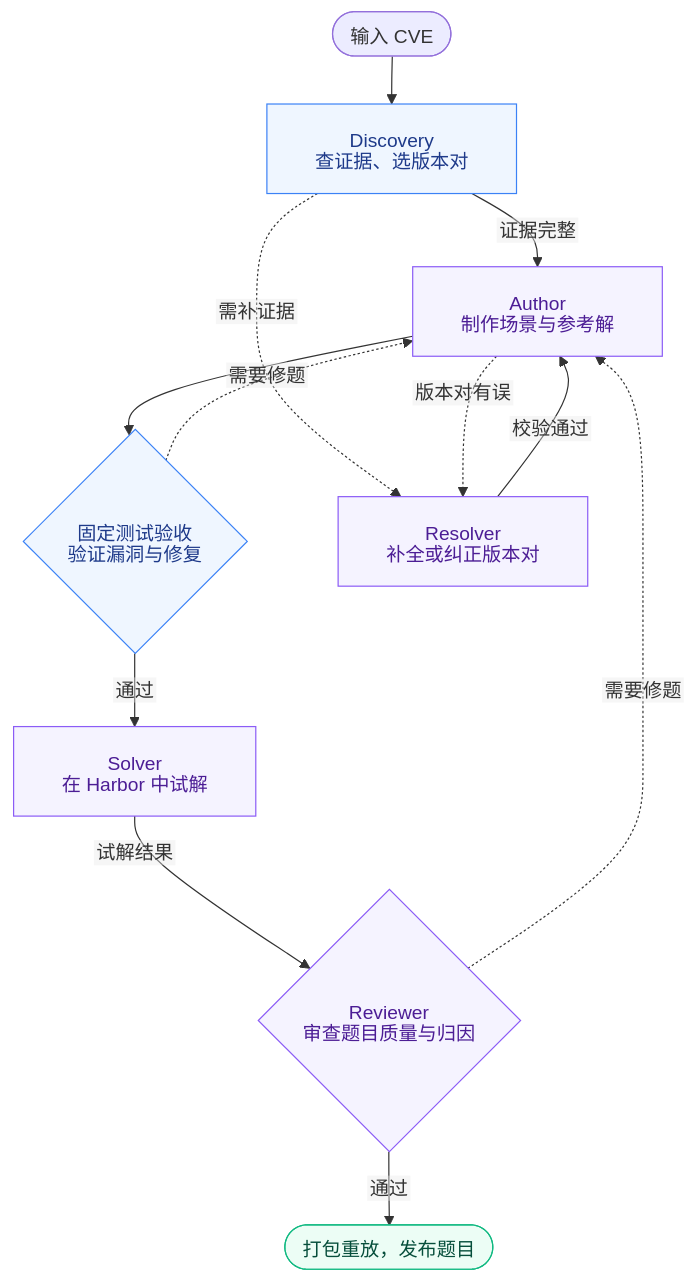
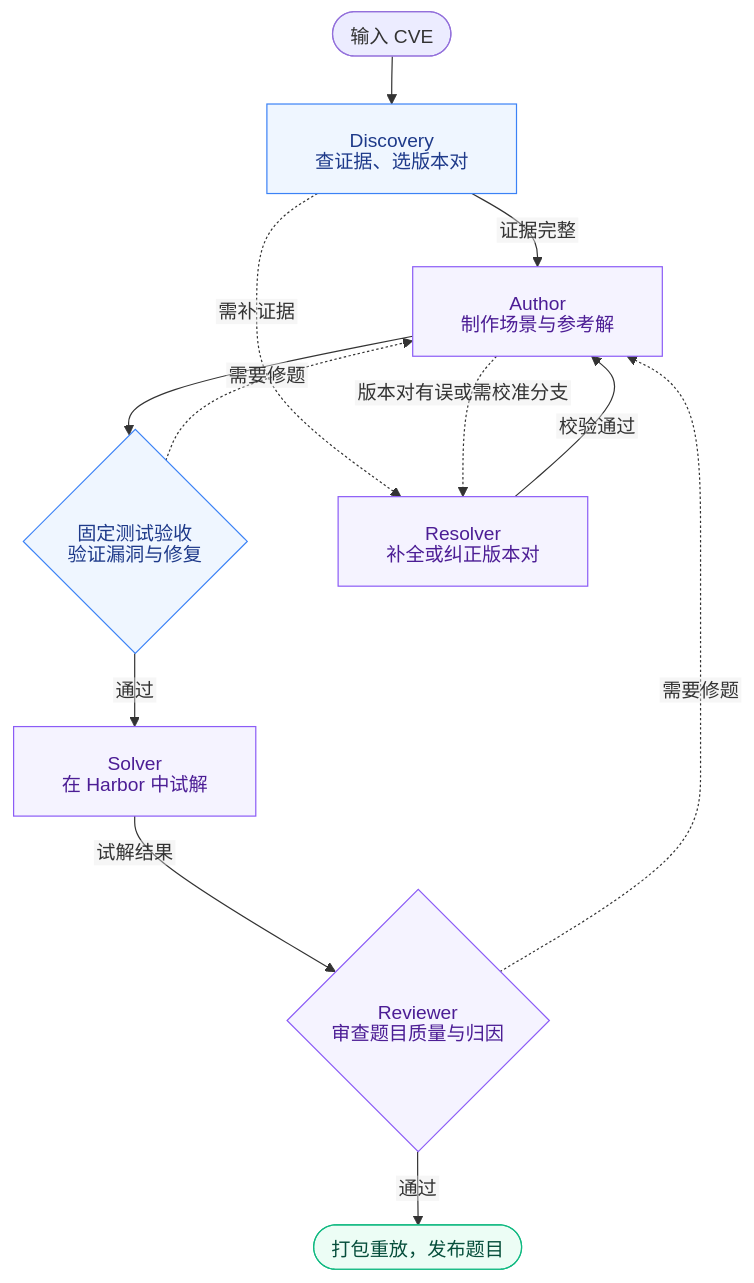
The diagram in README.md (yuan1fan/harbor-pipeline), drawn with Mermaid before and after one commit. The commit also changed other lines of this file and 32 other files, not shown here.

````diff
--- a/README.md
+++ b/README.md
@@ -18,23 +18,23 @@
 ```mermaid
 %%{init: {"htmlLabels": false, "flowchart": {"htmlLabels": false, "wrappingWidth": 200, "padding": 20, "nodeSpacing": 35, "rankSpacing": 40}}}%%
 flowchart TD
     CVE(["输入 CVE"]) --> DISC["Discovery<br/>查证据、选版本对"]
     DISC -->|"证据完整"| AUTHOR["Author<br/>制作场景与参考解"]
     AUTHOR --> CHECK{"固定测试验收<br/>验证漏洞与修复"}
     CHECK -->|"通过"| SOLVER["Solver<br/>在 Harbor 中试解"]
     SOLVER -->|"试解结果"| REVIEW{"Reviewer<br/>审查题目质量与归因"}
     REVIEW -->|"通过"| RELEASE(["打包重放，发布题目"])
 
     DISC -.->|"需补证据"| RESOLVER["Resolver<br/>补全或纠正版本对"]
-    AUTHOR -.->|"版本对有误"| RESOLVER
+    AUTHOR -.->|"版本对有误或需校准分支"| RESOLVER
     RESOLVER -->|"校验通过"| AUTHOR
     CHECK -.->|"需要修题"| AUTHOR
     REVIEW -.->|"需要修题"| AUTHOR
 
     classDef agent fill:#f5f3ff,stroke:#8b5cf6,color:#4c1d95
     classDef automatic fill:#eff6ff,stroke:#3b82f6,color:#1e3a8a
     classDef output fill:#ecfdf5,stroke:#10b981,color:#064e3b
     class AUTHOR,RESOLVER,SOLVER,REVIEW agent
     class DISC,CHECK automatic
     class RELEASE output
 ```
````
